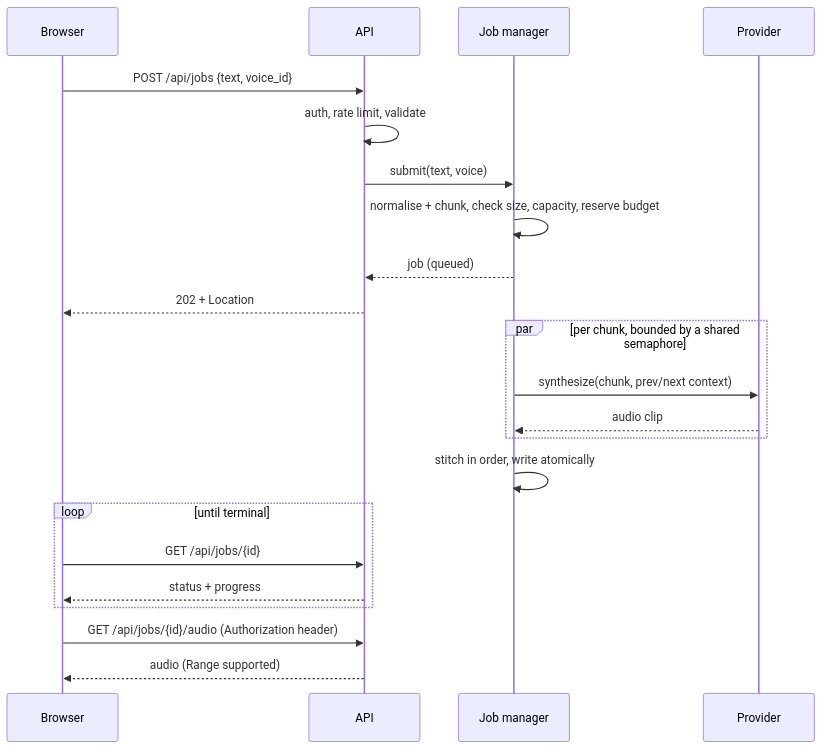
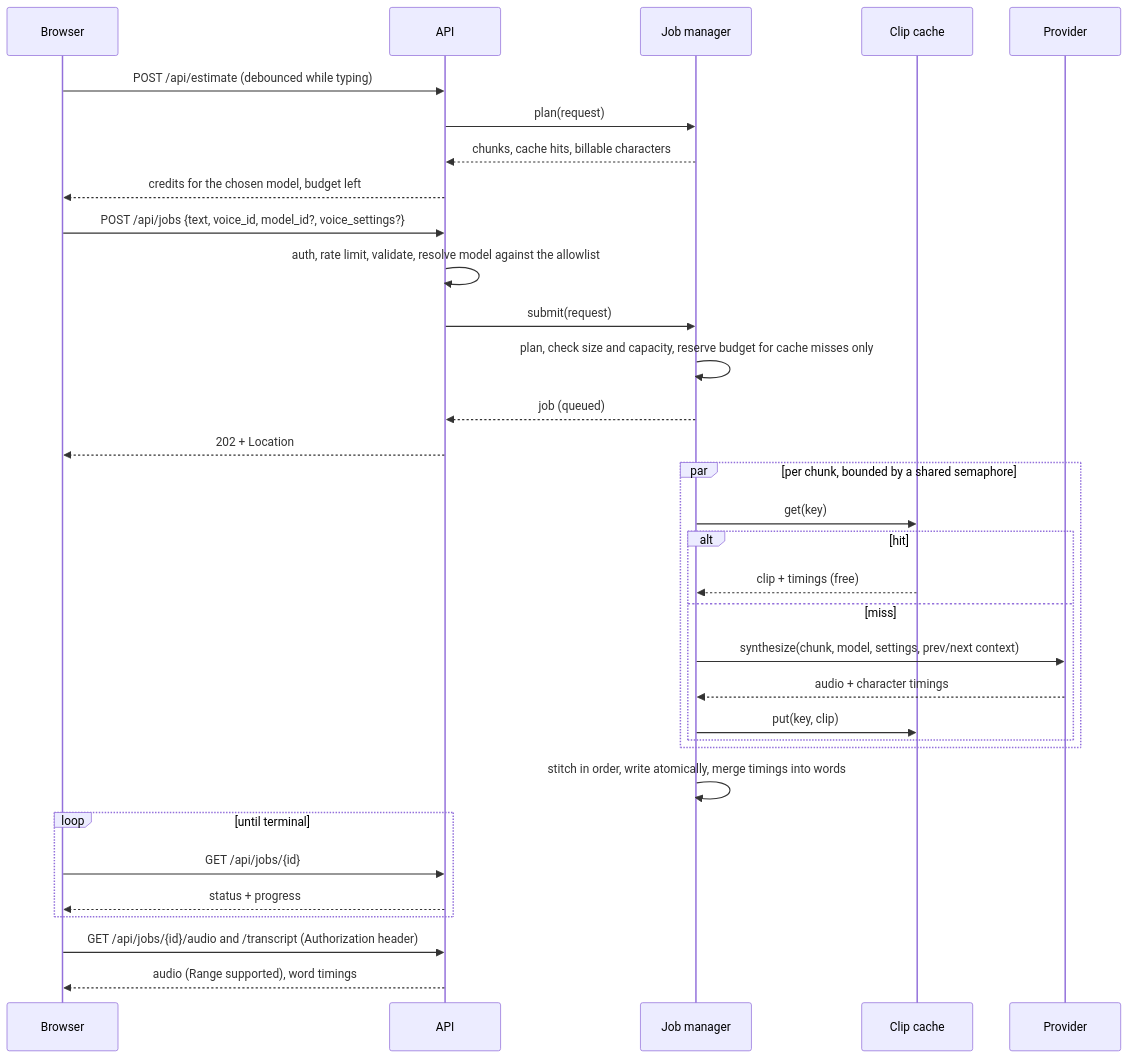
Before and after one commit to robbe1999/chaptercast: the diagram in docs/ARCHITECTURE.md, drawn with Mermaid. The commit also changed other lines of this file and 2 other files, not shown here.

First line of the commit message:
docs: document the new features, cache design and threat model additions

````diff
--- a/docs/ARCHITECTURE.md
+++ b/docs/ARCHITECTURE.md
@@ -24,24 +26,35 @@
 ```mermaid
 sequenceDiagram
     participant B as Browser
     participant A as API
     participant J as Job manager
+    participant C as Clip cache
     participant P as Provider
-    B->>A: POST /api/jobs {text, voice_id}
-    A->>A: auth, rate limit, validate
-    A->>J: submit(text, voice)
-    J->>J: normalise + chunk, check size, capacity, reserve budget
+    B->>A: POST /api/estimate (debounced while typing)
+    A->>J: plan(request)
+    J-->>A: chunks, cache hits, billable characters
+    A-->>B: credits for the chosen model, budget left
+    B->>A: POST /api/jobs {text, voice_id, model_id?, voice_settings?}
+    A->>A: auth, rate limit, validate, resolve model against the allowlist
+    A->>J: submit(request)
+    J->>J: plan, check size and capacity, reserve budget for cache misses only
     J-->>A: job (queued)
     A-->>B: 202 + Location
     par per chunk, bounded by a shared semaphore
-        J->>P: synthesize(chunk, prev/next context)
-        P-->>J: audio clip
+        J->>C: get(key)
+        alt hit
+            C-->>J: clip + timings (free)
+        else miss
+            J->>P: synthesize(chunk, model, settings, prev/next context)
+            P-->>J: audio + character timings
+            J->>C: put(key, clip)
+        end
     end
-    J->>J: stitch in order, write atomically
+    J->>J: stitch in order, write atomically, merge timings into words
     loop until terminal
         B->>A: GET /api/jobs/{id}
         A-->>B: status + progress
     end
-    B->>A: GET /api/jobs/{id}/audio (Authorization header)
-    A-->>B: audio (Range supported)
+    B->>A: GET /api/jobs/{id}/audio and /transcript (Authorization header)
+    A-->>B: audio (Range supported), word timings
 ```
````
